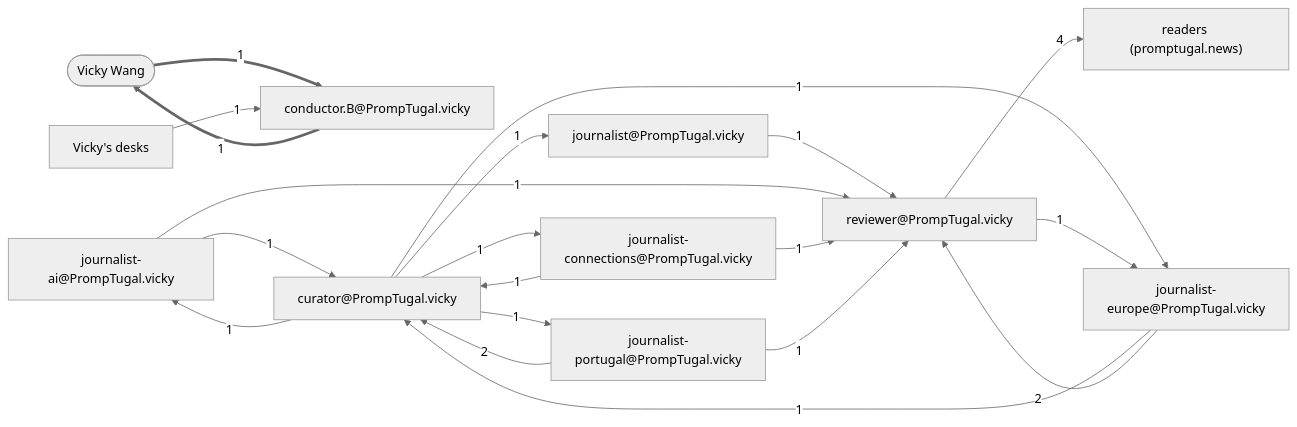
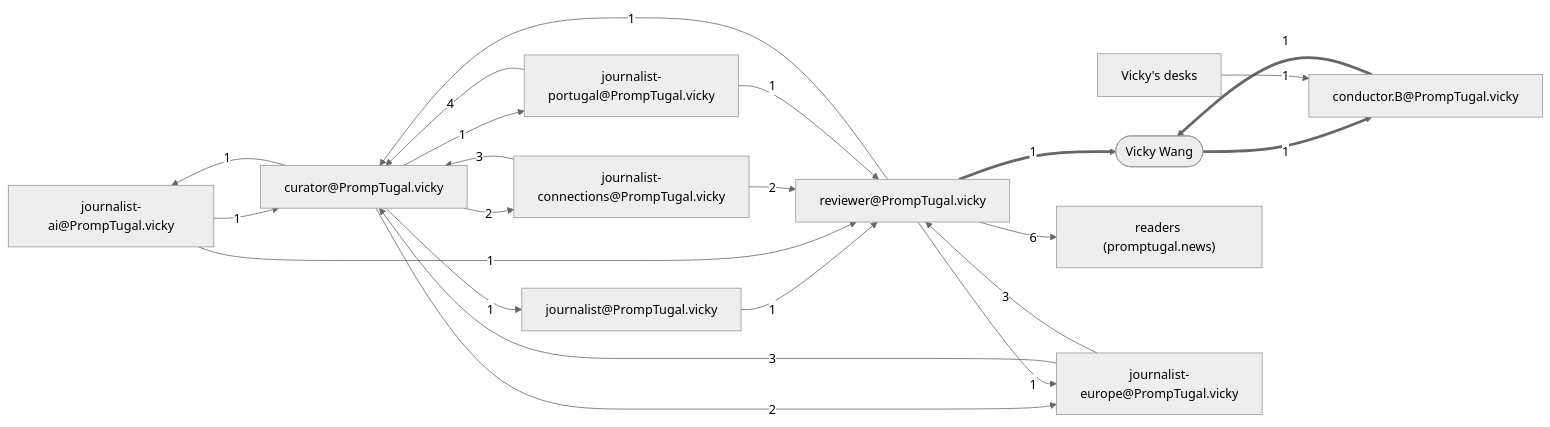
Before and after one commit to PrompTugal/PrompTugal__News__Website: the diagram in board/team/journalist.newsroom/materials/the-discovery/flow.mmd, drawn with Mermaid (neutral theme). The commit also changed 16 other files, not shown here.

```diff
--- a/board/team/journalist.newsroom/materials/the-discovery/flow.mmd
+++ b/board/team/journalist.newsroom/materials/the-discovery/flow.mmd
@@ -1,31 +1,33 @@
 flowchart LR
   A0(["Vicky Wang"])
   A1["conductor.B@PrompTugal.vicky"]
   A2["Vicky's desks"]
   A3["journalist-ai@PrompTugal.vicky"]
   A4["curator@PrompTugal.vicky"]
   A5["journalist@PrompTugal.vicky"]
   A6["reviewer@PrompTugal.vicky"]
   A7["readers (promptugal.news)"]
   A8["journalist-connections@PrompTugal.vicky"]
   A9["journalist-portugal@PrompTugal.vicky"]
   A10["journalist-europe@PrompTugal.vicky"]
   A0 ==>|1| A1
   A2 -->|1| A1
   A3 -->|1| A4
   A1 ==>|1| A0
   A4 -->|1| A3
   A4 -->|1| A5
   A5 -->|1| A6
-  A6 -->|4| A7
-  A8 -->|1| A4
-  A9 -->|2| A4
-  A10 -->|1| A4
+  A6 -->|6| A7
+  A8 -->|3| A4
+  A9 -->|4| A4
+  A10 -->|3| A4
   A3 -->|1| A6
-  A4 -->|1| A8
-  A4 -->|1| A10
-  A8 -->|1| A6
-  A10 -->|2| A6
+  A4 -->|2| A8
+  A4 -->|2| A10
+  A8 -->|2| A6
+  A10 -->|3| A6
   A4 -->|1| A9
   A6 -->|1| A10
   A9 -->|1| A6
+  A6 ==>|1| A0
+  A6 -->|1| A4
```
